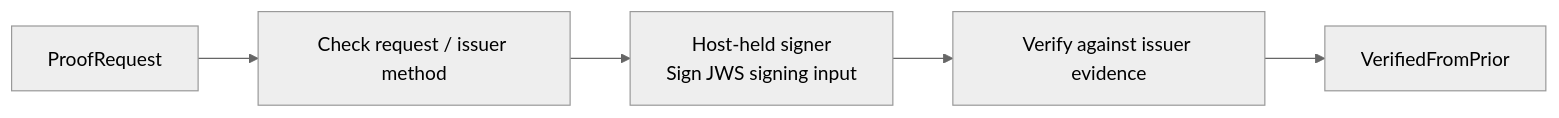
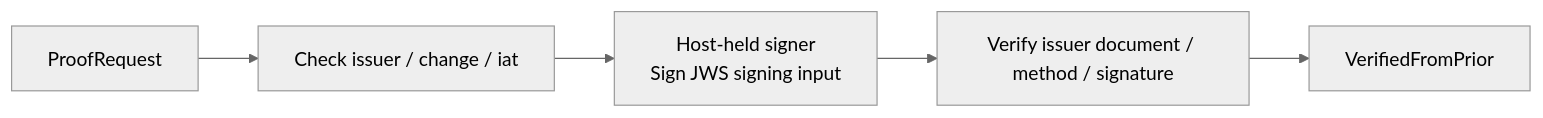
Diagram 17 of 18 in packages/continuity/docs/guide.md (estoc-dev/estoc), drawn with Mermaid (neutral theme) before and after one commit. The commit also changed other lines of this file and 32 other files, not shown here.

````diff
--- a/packages/continuity/docs/guide.md
+++ b/packages/continuity/docs/guide.md
@@ -556,7 +545,7 @@
 ```mermaid
 flowchart LR
-    R["ProofRequest"] --> P["Check request / issuer method"]
+    R["ProofRequest"] --> P["Check issuer / change / iat"]
     P --> S["Host-held signer<br/>Sign JWS signing input"]
-    S --> V["Verify against issuer evidence"]
+    S --> V["Verify issuer document / method / signature"]
     V --> O["VerifiedFromPrior"]
 ```
````
